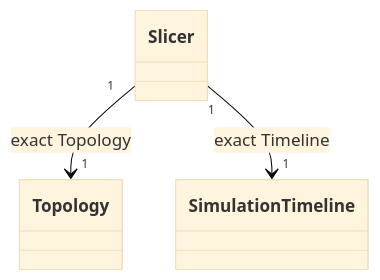
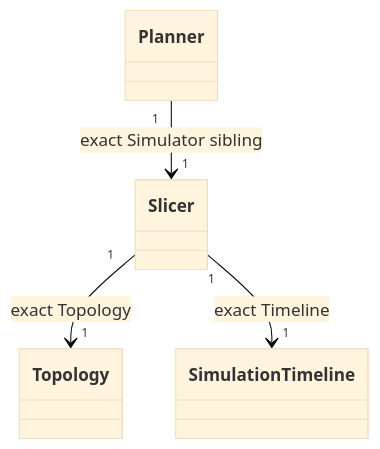
Before and after one commit to seed-labs/skyseed: the seventh of 9 diagrams in skyseed_v2/docs/human-readable/object-model.md, drawn with Mermaid (base theme). The commit also changed other lines of this file and 64 other files, not shown here.

````diff
--- a/skyseed_v2/docs/human-readable/object-model.md
+++ b/skyseed_v2/docs/human-readable/object-model.md
@@ -247,9 +273,11 @@
 ```mermaid
 classDiagram
     class Slicer
     class Topology
     class SimulationTimeline
+    class Planner
 
     Slicer "1" --> "1" Topology : exact Topology
     Slicer "1" --> "1" SimulationTimeline : exact Timeline
+    Planner "1" --> "1" Slicer : exact Simulator sibling
 ```
````
